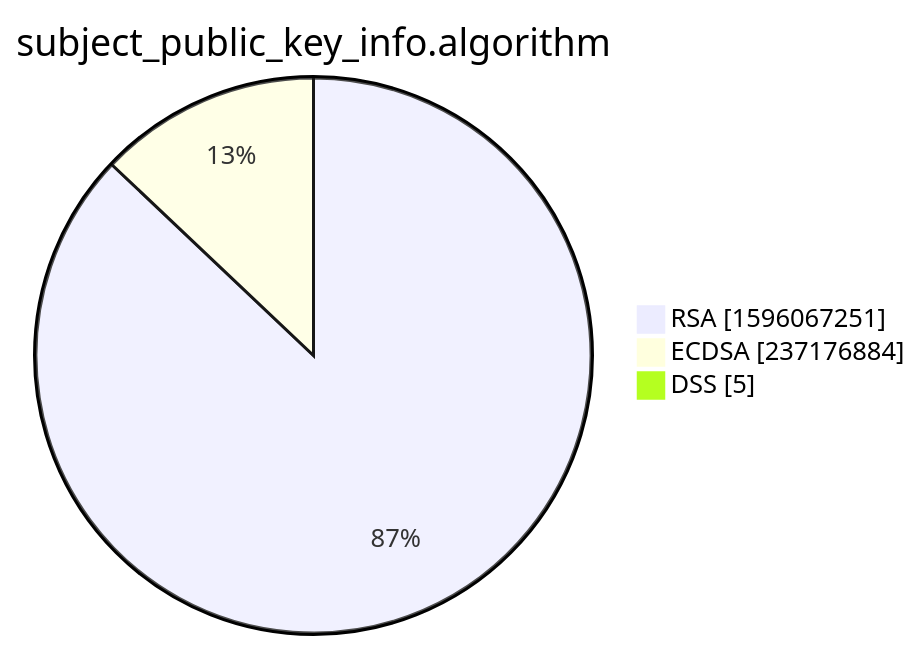
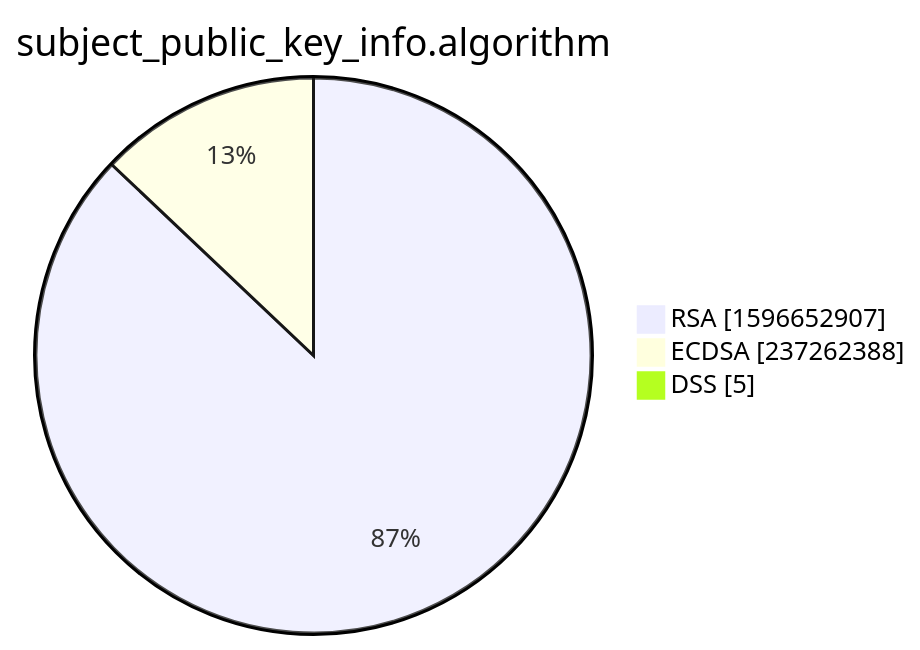
Before and after one commit to christiankrug/ctmonitor_visualization: the third of 15 diagrams in xenon2022/README.md, drawn with Mermaid. The commit also changed other lines of this file, not shown here.

````diff
--- a/xenon2022/README.md
+++ b/xenon2022/README.md
@@ -14,7 +14,7 @@
 ```mermaid
 pie showData
 title subject_public_key_info.algorithm
-"RSA" :1596067251
-"ECDSA" :237176884
+"RSA" :1596652907
+"ECDSA" :237262388
 "DSS" :5
 ```
````
